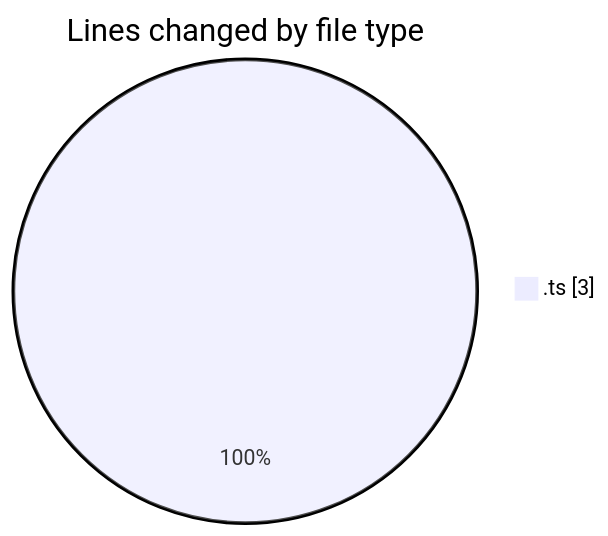
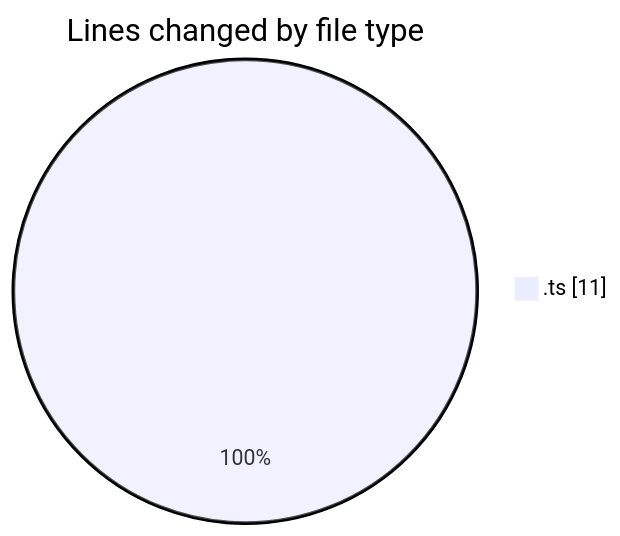
Before and after one commit to momahboobian/code-tracking: the first of 2 diagrams in 2025-08-01/cda/README.md, drawn with Mermaid. The commit also changed other lines of this file and 1 other file, not shown here.

````diff
--- a/2025-08-01/cda/README.md
+++ b/2025-08-01/cda/README.md
@@ -20,5 +20,5 @@
 ```mermaid
 pie showData
 title Lines changed by file type
-".ts" : 3
+".ts" : 11
 ```
````
